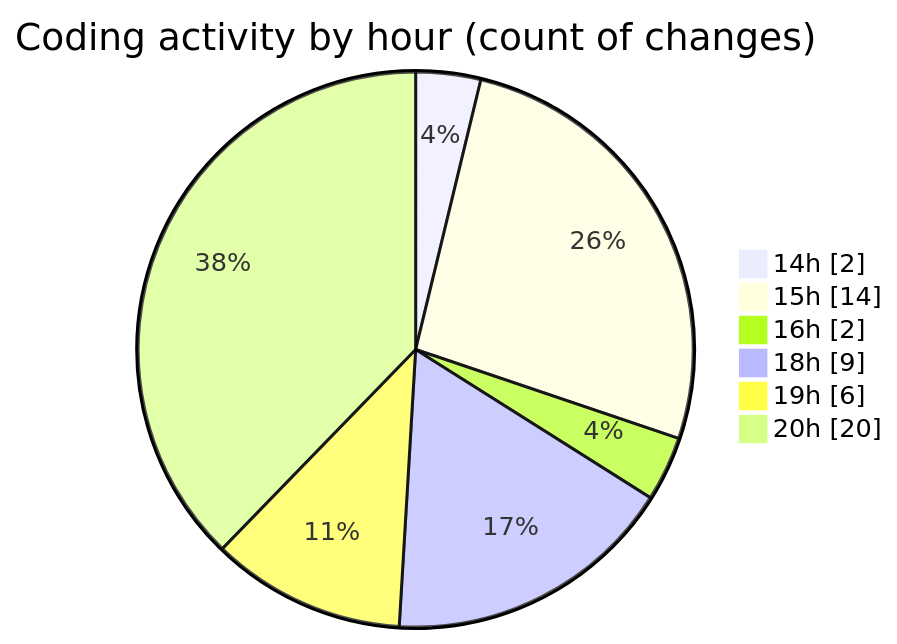
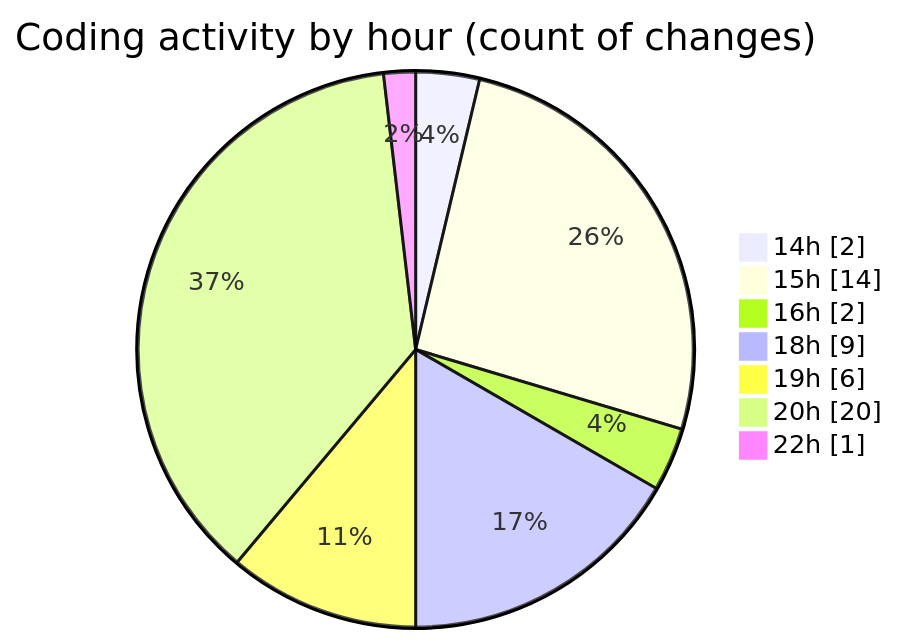
The second of 2 diagrams in 2025-03-21/back-end/README.md (Netris89/code-tracking), drawn with Mermaid before and after one commit. The commit also changed other lines of this file and 1 other file, not shown here.

````diff
--- a/2025-03-21/back-end/README.md
+++ b/2025-03-21/back-end/README.md
@@ -31,10 +31,11 @@
 ```mermaid
 pie showData
 title Coding activity by hour (count of changes)
 "14h" : 2
 "15h" : 14
 "16h" : 2
 "18h" : 9
 "19h" : 6
 "20h" : 20
+"22h" : 1
 ```
````
